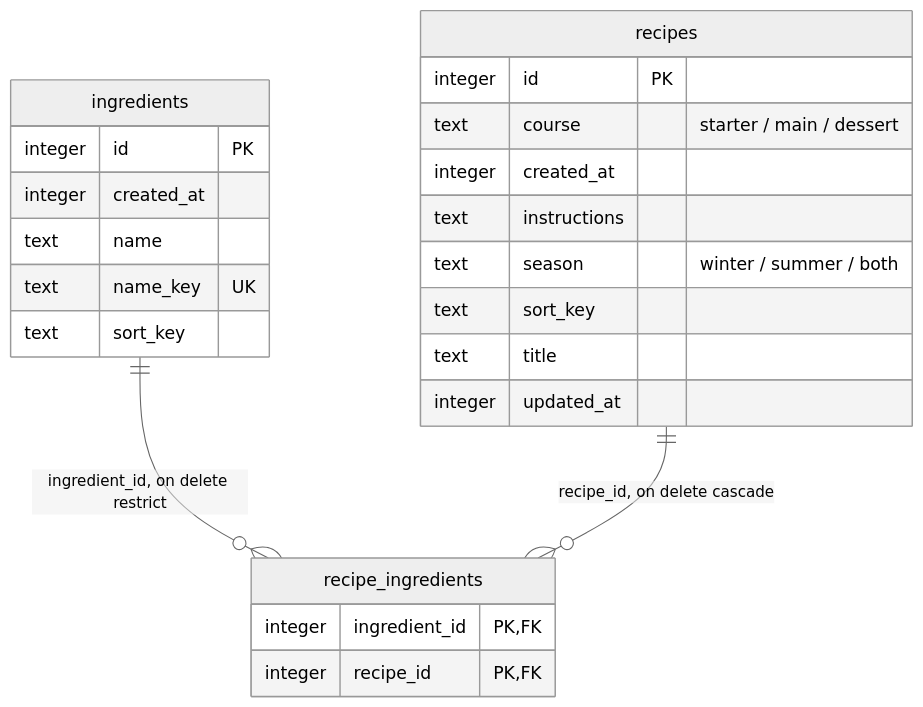
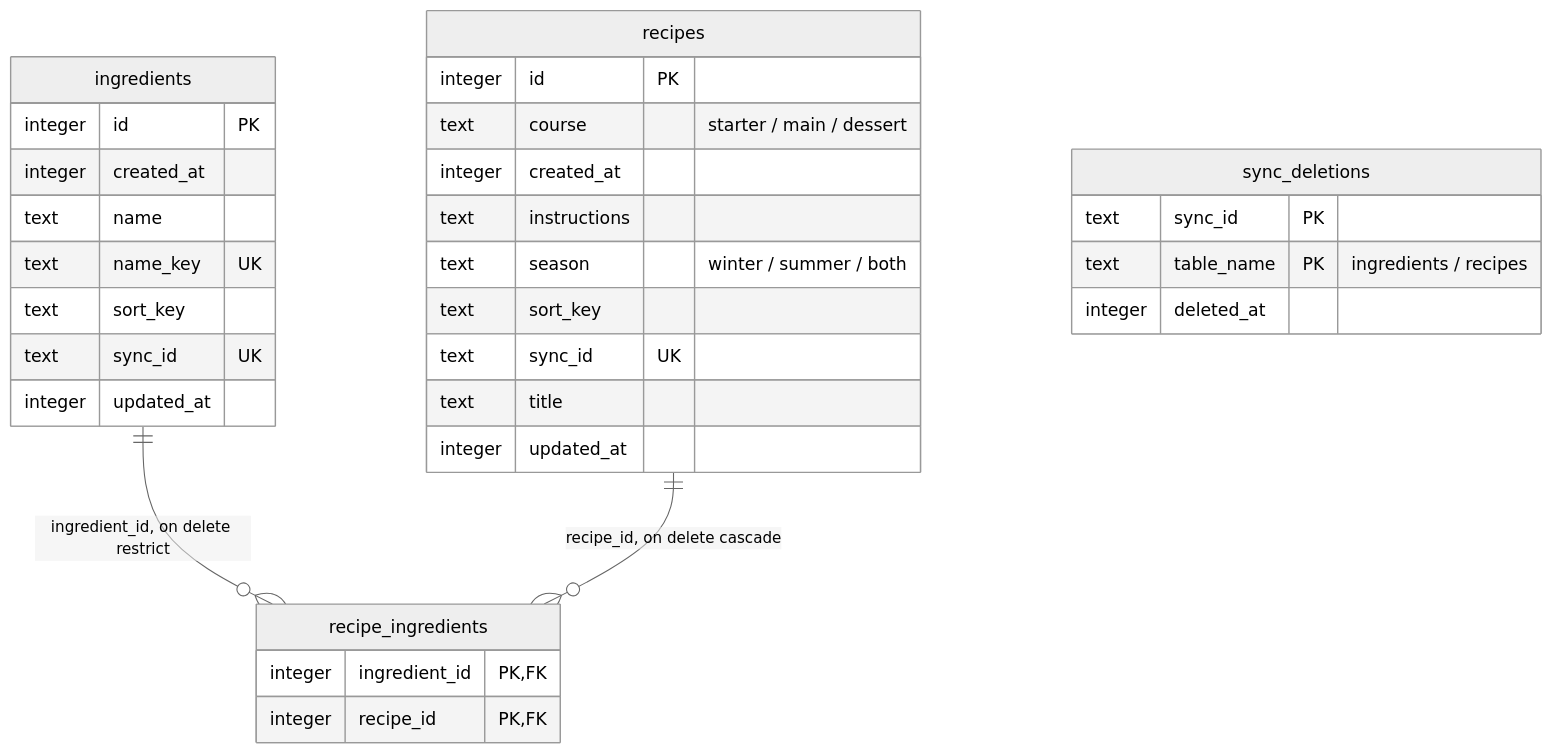
Before and after one commit to someoneinthe/dishes-cook: the diagram in docs/database.md, drawn with Mermaid (neutral theme). The commit also changed other lines of this file and 39 other files, not shown here.

First line of the commit message:
feat: sync recipes with your own PocketBase server, chosen in Settings (#59)

````diff
--- a/docs/database.md
+++ b/docs/database.md
@@ -10,26 +10,34 @@
 ```mermaid
 erDiagram
   ingredients {
     integer id PK
     integer created_at
     text name
     text name_key UK
     text sort_key
+    text sync_id UK
+    integer updated_at
   }
   recipe_ingredients {
     integer ingredient_id PK, FK
     integer recipe_id PK, FK
   }
   recipes {
     integer id PK
     text course "starter / main / dessert"
     integer created_at
     text instructions
     text season "winter / summer / both"
     text sort_key
+    text sync_id UK
     text title
     integer updated_at
+  }
+  sync_deletions {
+    text sync_id PK
+    text table_name PK "ingredients / recipes"
+    integer deleted_at
   }
   ingredients ||--o{ recipe_ingredients : "ingredient_id, on delete restrict"
   recipes ||--o{ recipe_ingredients : "recipe_id, on delete cascade"
 ```
````
